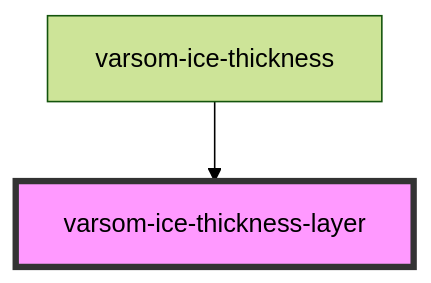
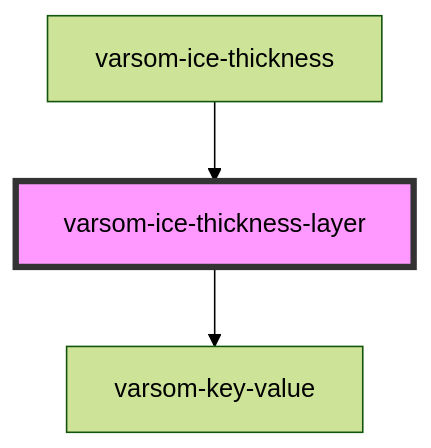
Before and after one commit to NVE/varsom-observation: the diagram in observasjonskort/src/components/varsom-ice-thickness-layer/readme.md, drawn with Mermaid (forest theme). The commit also changed other lines of this file and 4 other files, not shown here.

Commit message:
updated ice thickness layer component

````diff
--- a/observasjonskort/src/components/varsom-ice-thickness-layer/readme.md
+++ b/observasjonskort/src/components/varsom-ice-thickness-layer/readme.md
@@ -25,5 +29,6 @@
 ```mermaid
 graph TD;
+  varsom-ice-thickness-layer --> varsom-key-value
   varsom-ice-thickness --> varsom-ice-thickness-layer
   style varsom-ice-thickness-layer fill:#f9f,stroke:#333,stroke-width:4px
 ```
````
